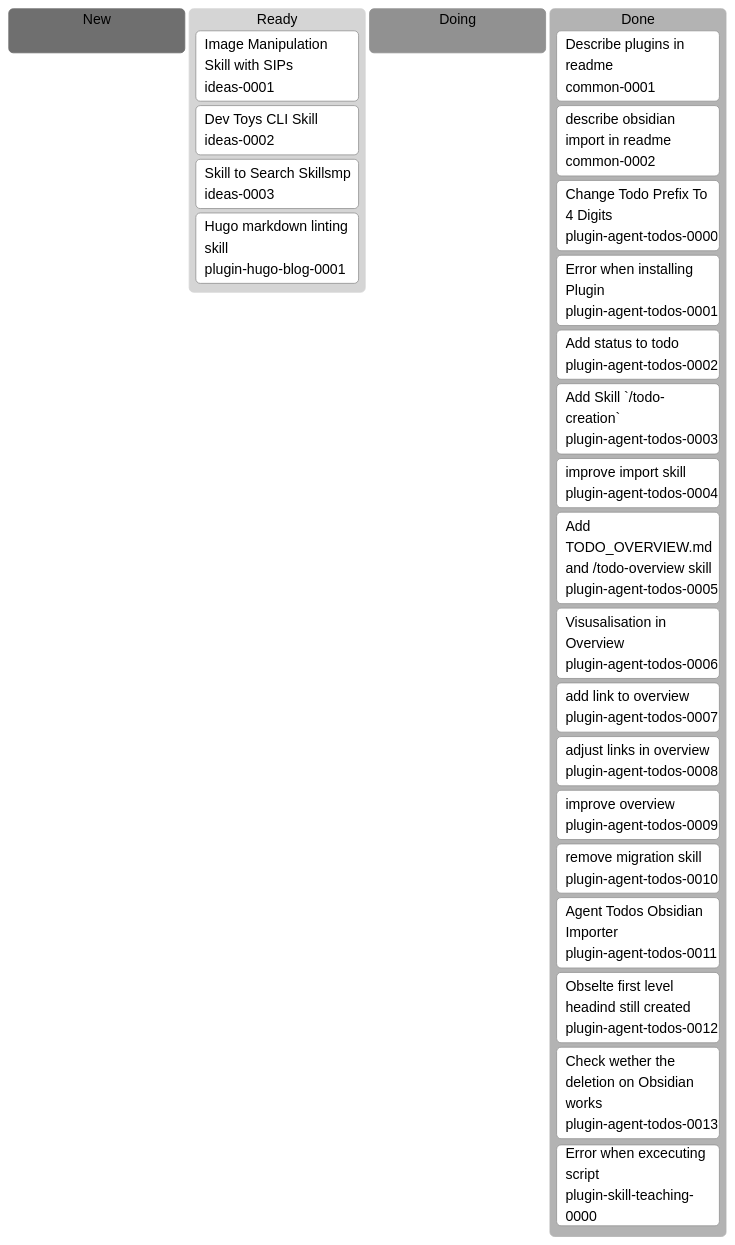
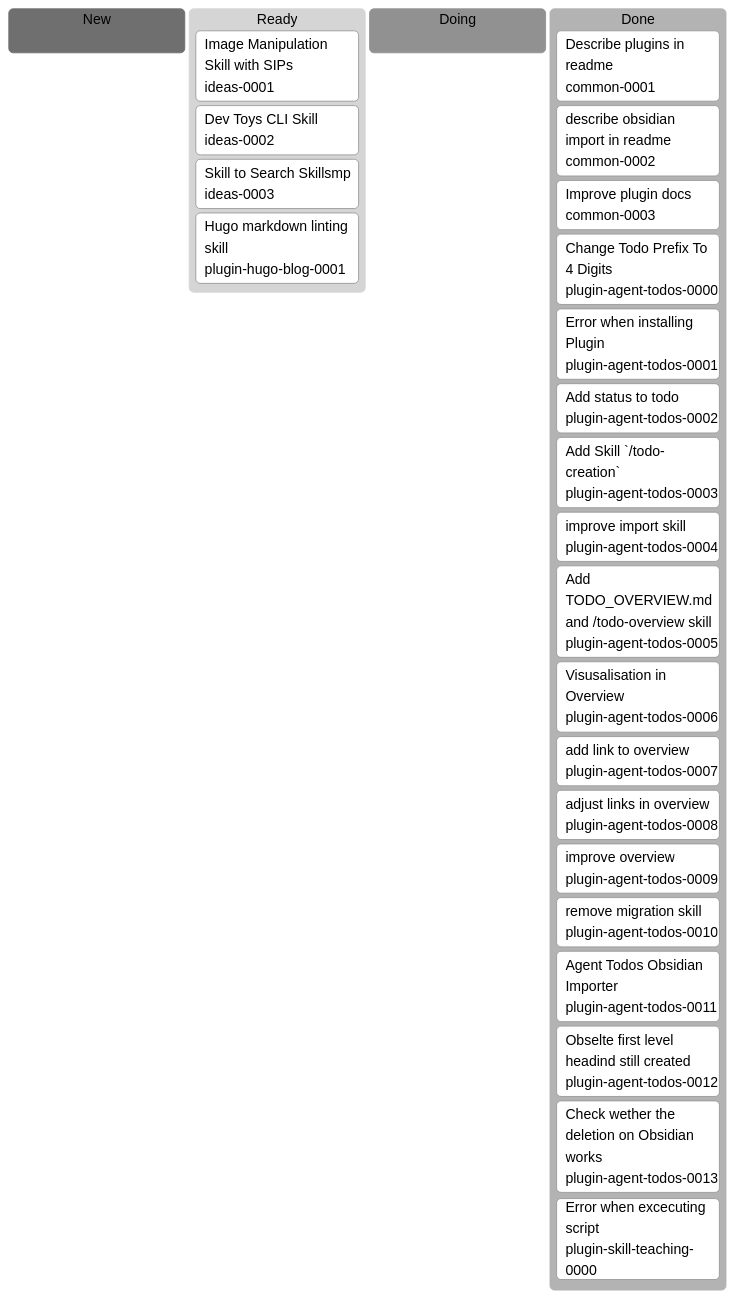
One commit to erich3000/ji-agent-skills changed the diagram in docs/agent-todos/TODO_OVERVIEW.md. Above: the diagram before and after it, drawn with Mermaid. The commit also changed other lines of this file and 7 other files, not shown here.

Commit message:
improve plugin docs

````diff
--- a/docs/agent-todos/TODO_OVERVIEW.md
+++ b/docs/agent-todos/TODO_OVERVIEW.md
@@ -7,31 +7,32 @@
 ```mermaid
 %%{init: {"theme":"neutral"}}%%
 kanban
   new[New]
 
   ready[Ready]
     ideas-0001[Image Manipulation Skill with SIPs]@{ ticket: ideas-0001 }
     ideas-0002[Dev Toys CLI Skill]@{ ticket: ideas-0002 }
     ideas-0003[Skill to Search Skillsmp]@{ ticket: ideas-0003 }
     plugin-hugo-blog-0001[Hugo markdown linting skill]@{ ticket: plugin-hugo-blog-0001 }
   doing[Doing]
 
   done[Done]
     common-0001[Describe plugins in readme]@{ ticket: common-0001 }
     common-0002[describe obsidian import in readme]@{ ticket: common-0002 }
+    common-0003[Improve plugin docs]@{ ticket: common-0003 }
     plugin-agent-todos-0000[Change Todo Prefix To 4 Digits]@{ ticket: plugin-agent-todos-0000 }
     plugin-agent-todos-0001[Error when installing Plugin]@{ ticket: plugin-agent-todos-0001 }
     plugin-agent-todos-0002[Add status to todo]@{ ticket: plugin-agent-todos-0002 }
     plugin-agent-todos-0003[Add Skill `/todo-creation`]@{ ticket: plugin-agent-todos-0003 }
     plugin-agent-todos-0004[improve import skill]@{ ticket: plugin-agent-todos-0004 }
     plugin-agent-todos-0005[Add TODO_OVERVIEW.md and /todo-overview skill]@{ ticket: plugin-agent-todos-0005 }
     plugin-agent-todos-0006[Visusalisation in Overview]@{ ticket: plugin-agent-todos-0006 }
     plugin-agent-todos-0007[add link to overview]@{ ticket: plugin-agent-todos-0007 }
     plugin-agent-todos-0008[adjust links in overview]@{ ticket: plugin-agent-todos-0008 }
     plugin-agent-todos-0009[improve overview]@{ ticket: plugin-agent-todos-0009 }
     plugin-agent-todos-0010[remove migration skill]@{ ticket: plugin-agent-todos-0010 }
     plugin-agent-todos-0011[Agent Todos Obsidian Importer]@{ ticket: plugin-agent-todos-0011 }
     plugin-agent-todos-0012[Obselte first level headind still created]@{ ticket: plugin-agent-todos-0012 }
     plugin-agent-todos-0013[Check wether the deletion on Obsidian works]@{ ticket: plugin-agent-todos-0013 }
     plugin-skill-teaching-0000[Error when excecuting script]@{ ticket: plugin-skill-teaching-0000 }
 ```
````
